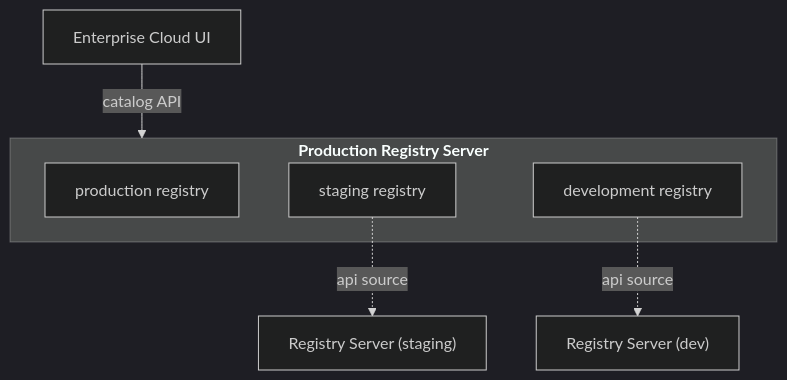
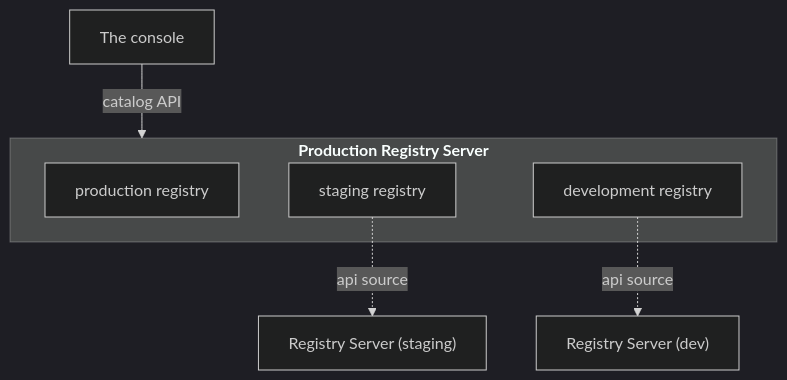
Before and after one commit to stacklok/docs-website: the second of 2 diagrams in docs/platform/enterprise-platform/distributed-deployments.mdx, drawn with Mermaid (dark theme). The commit also changed other lines of this file and 64 other files, not shown here.

First line of the commit message:
Restructure the enterprise docs for the console (#1145)

````diff
--- a/docs/platform/enterprise-platform/distributed-deployments.mdx
+++ b/docs/platform/enterprise-platform/distributed-deployments.mdx
@@ -147,17 +143,17 @@
 ```mermaid
 flowchart TB
-  CloudUI["Enterprise Cloud UI"]
+  CloudUI["The console"]
 
   subgraph Prod["<strong>Production Registry Server</strong>"]
     RegProd["production registry"]
     RegStage["staging registry"]
     RegDev["development registry"]
   end
 
   Stage["Registry Server (staging)"]
   Dev["Registry Server (dev)"]
 
   CloudUI -->|"catalog API"| Prod
   RegStage -.->|"api source"| Stage
   RegDev -.->|"api source"| Dev
 ```
````
